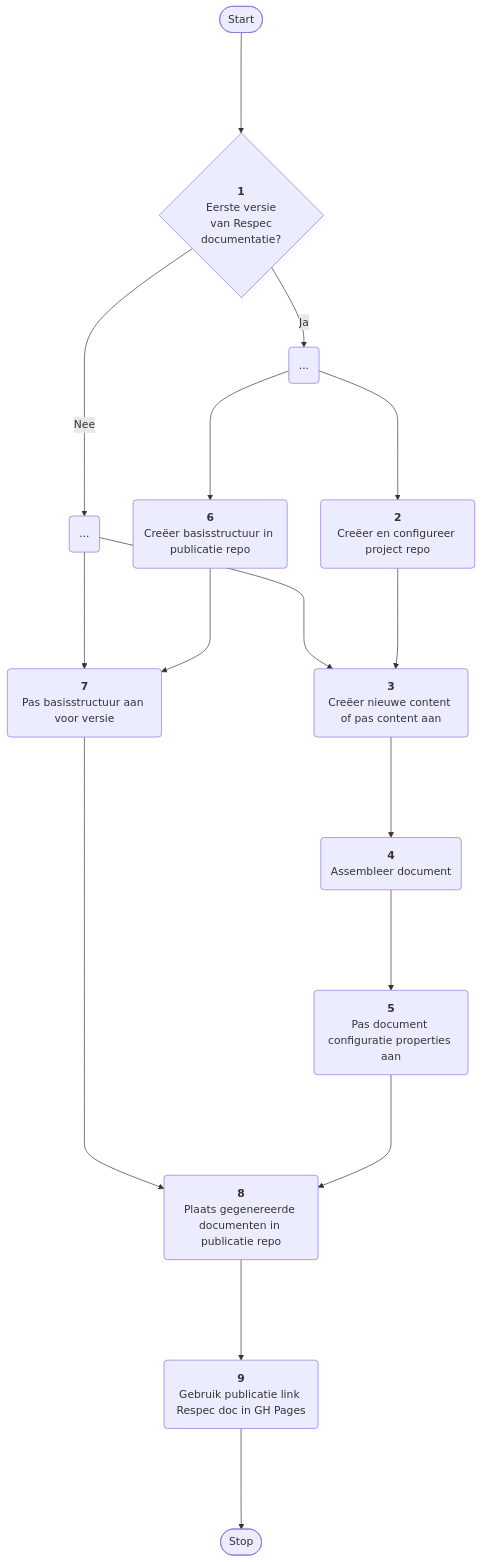
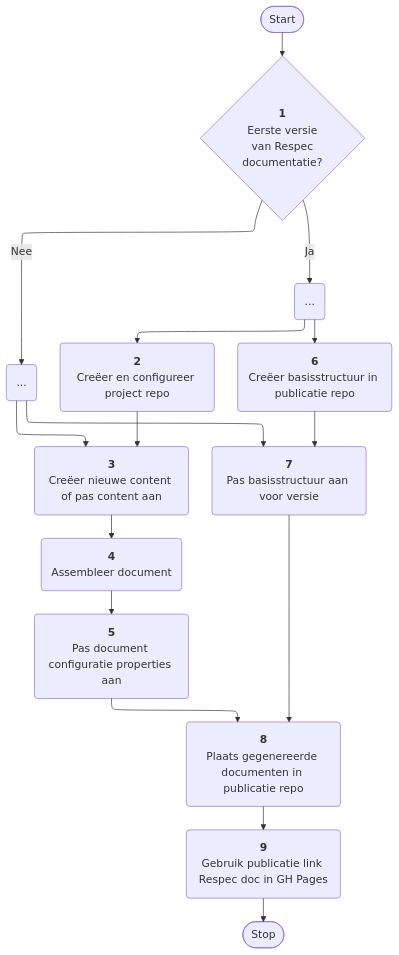
The first of 8 diagrams in mermaid.md (VNG-Realisatie/VNG-R-Respec-Template), drawn with Mermaid before and after one commit.

````diff
--- a/mermaid.md
+++ b/mermaid.md
@@ -7,18 +7,19 @@
 ```mermaid
-graph TD
+%%{init: {"flowchart": {"defaultRenderer": "elk"}} }%%
+flowchart TD
     A([Start])---->B{"<b>1</b><br/>Eerste versie<br/>van Respec<br/>documentatie?"}
     B{"<b>1</b><br/>Eerste versie<br/>van Respec<br/>documentatie?"}--Nee-->C("...")
     C("...")---->D("<b>3</b><br/>Creëer nieuwe content of pas content aan")
     C("...")---->E("<b>5</b><br/>Pas basisstructuur aan voor versie")
     D("<b>3</b><br/>Creëer nieuwe content of pas content aan")---->I("<b>4</b><br/>Assembleer document")
     I("<b>4</b><br/>Assembleer document")---->J("<b>5</b><br/>Pas document configuratie properties aan")
     B{"<b>1</b><br/>Eerste versie<br/>van Respec<br/>documentatie?"}--Ja-->F("...")
     F("...")---->G("<b>2</b><br/>Creëer en configureer project repo")
     F("...")---->H("<b>6</b><br/>Creëer basisstructuur in publicatie repo")
     G("<b>2</b><br/>Creëer en configureer project repo")---->D("<b>3</b><br/>Creëer nieuwe content of pas content aan")
     H("<b>6</b><br/>Creëer basisstructuur in publicatie repo")---->E("<b>7</b><br/>Pas basisstructuur aan voor versie")
     E("<b>7</b><br/>Pas basisstructuur aan voor versie")---->K("<b>8</b><br/>Plaats gegenereerde documenten in publicatie repo")
     K("<b>8</b><br/>Plaats gegenereerde documenten in publicatie repo")---->L("<b>9</b><br/>Gebruik publicatie link Respec doc in GH Pages")
     J("<b>5</b><br/>Pas document configuratie properties aan")---->K("<b>8</b><br/>Plaats gegenereerde documenten in publicatie repo")
     L("<b>9</b><br/>Gebruik publicatie link Respec doc in GH Pages")---->M([Stop])
 ```
````
